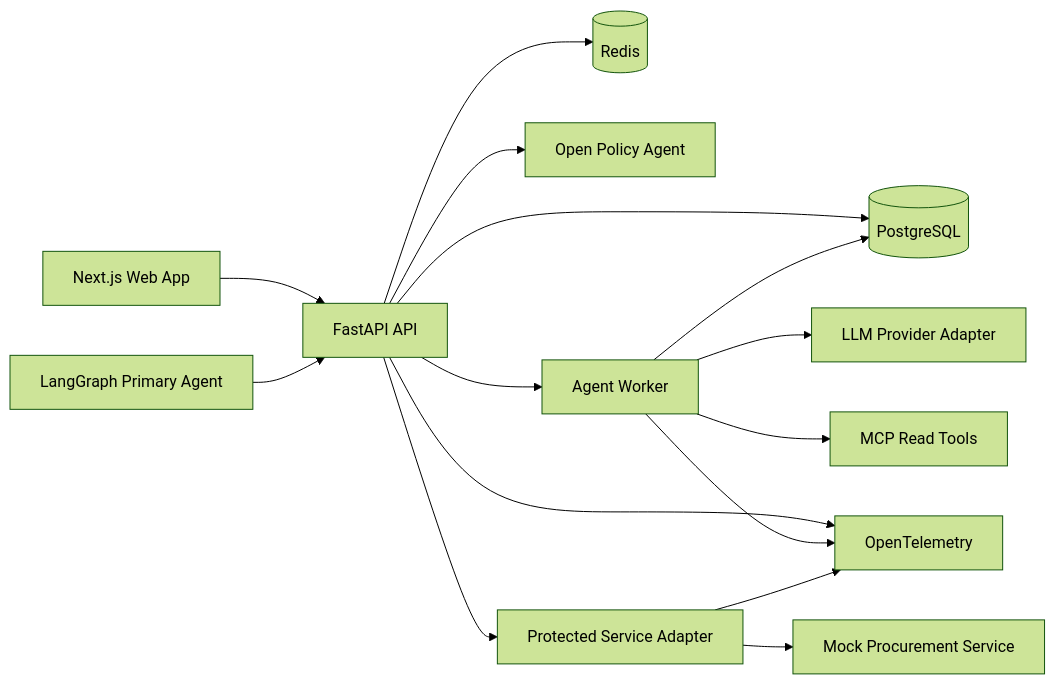
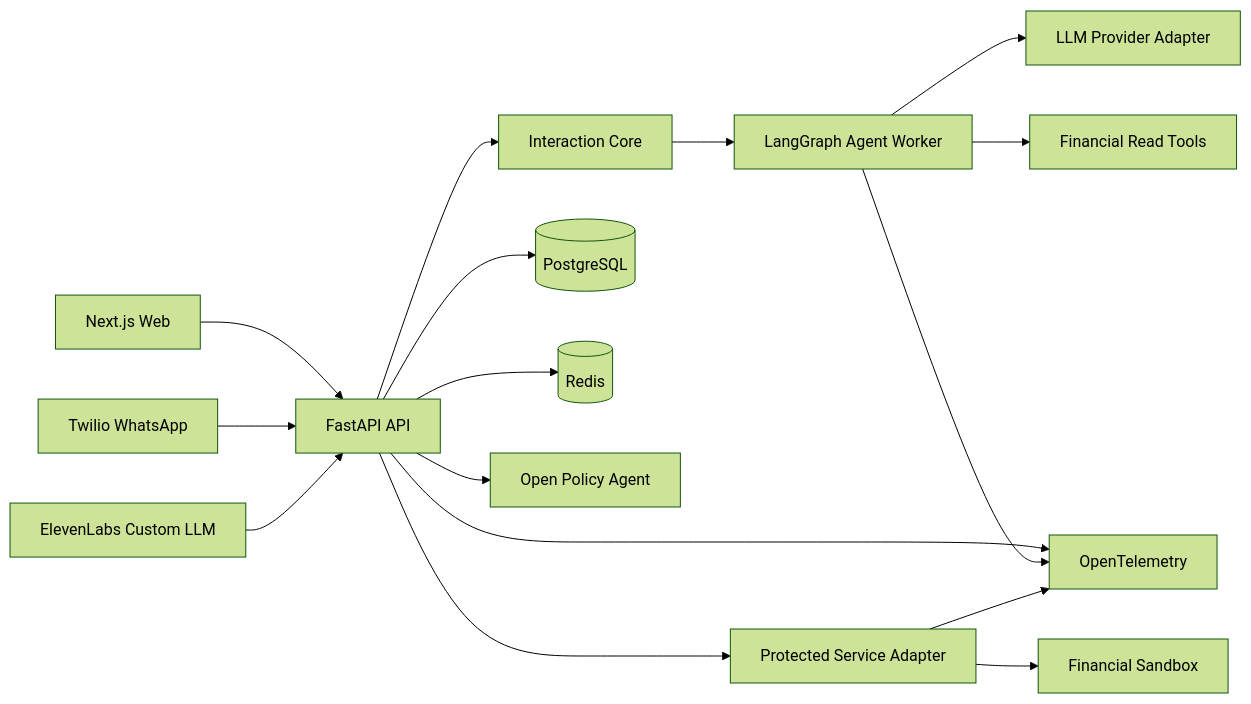
Before and after one commit to Dhruvg334/Neolith: the second of 2 diagrams in docs/design/SYSTEM_ARCHITECTURE.md, drawn with Mermaid (forest theme). The commit also changed other lines of this file and 48 other files, not shown here.

Commit message:
feat: define financial agent multichannel interface contracts

````diff
--- a/docs/design/SYSTEM_ARCHITECTURE.md
+++ b/docs/design/SYSTEM_ARCHITECTURE.md
@@ -67,21 +86,21 @@
 ```mermaid
 flowchart LR
-    Browser[Next.js Web App] --> API[FastAPI API]
-    AgentClient[LangGraph Primary Agent] --> API
+    Browser[Next.js Web] --> API[FastAPI API]
+    Twilio[Twilio WhatsApp] --> API
+    Eleven[ElevenLabs Custom LLM] --> API
+
+    API --> Interaction[Interaction Core]
+    Interaction --> Worker[LangGraph Agent Worker]
+    Worker --> LLM[LLM Provider Adapter]
+    Worker --> ReadTools[Financial Read Tools]
 
     API --> DB[(PostgreSQL)]
     API --> Redis[(Redis)]
     API --> OPA[Open Policy Agent]
-    API --> Worker[Agent Worker]
     API --> Adapter[Protected Service Adapter]
-
-    Worker --> LLM[LLM Provider Adapter]
-    Worker --> MCP[MCP Read Tools]
-    Worker --> DB
-
-    Adapter --> Procurement[Mock Procurement Service]
+    Adapter --> Bank[Financial Sandbox]
 
     API --> OTel[OpenTelemetry]
     Worker --> OTel
     Adapter --> OTel
 ```
````
